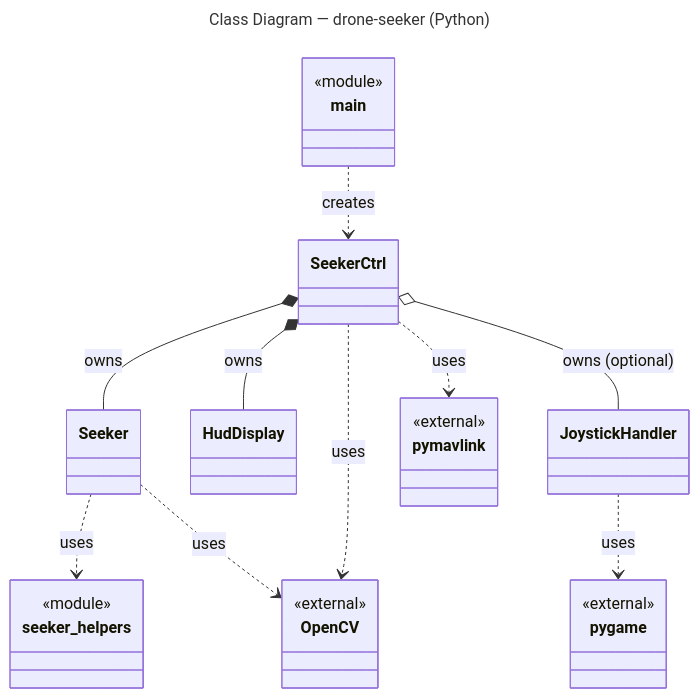
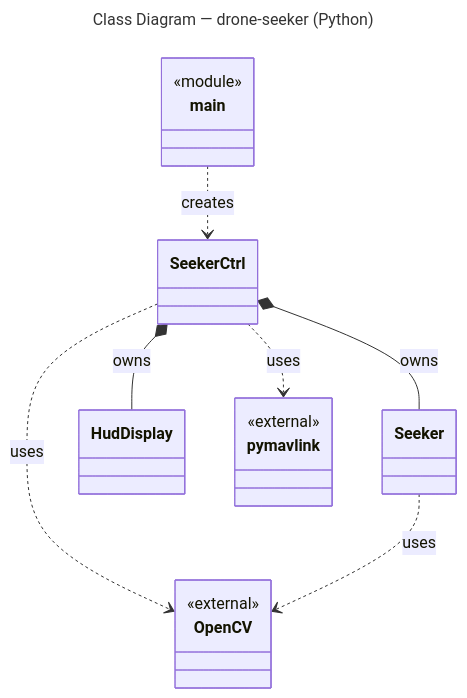
The diagram in docs/chart_04_class_diagram.mmd (musaelhanafi/drone-seeker), drawn with Mermaid before and after one commit. The commit also changed 19 other files, not shown here.

```diff
--- a/docs/chart_04_class_diagram.mmd
+++ b/docs/chart_04_class_diagram.mmd
@@ -1,24 +1,18 @@
 ---
 title: Class Diagram — drone-seeker (Python)
 ---
 classDiagram
 
     class main { <<module>> }
     class SeekerCtrl
     class Seeker
     class HudDisplay
-    class JoystickHandler
-    class seeker_helpers { <<module>> }
     class pymavlink { <<external>> }
     class OpenCV { <<external>> }
-    class pygame { <<external>> }
 
-    main            ..>  SeekerCtrl      : creates
-    SeekerCtrl      *--  Seeker          : owns
-    SeekerCtrl      *--  HudDisplay      : owns
-    SeekerCtrl      o--  JoystickHandler : owns (optional)
-    SeekerCtrl      ..>  pymavlink       : uses
-    SeekerCtrl      ..>  OpenCV          : uses
-    Seeker          ..>  seeker_helpers  : uses
-    Seeker          ..>  OpenCV          : uses
-    JoystickHandler ..>  pygame          : uses
+    main       ..>  SeekerCtrl : creates
+    SeekerCtrl *--  Seeker     : owns
+    SeekerCtrl *--  HudDisplay : owns
+    SeekerCtrl ..>  pymavlink  : uses
+    SeekerCtrl ..>  OpenCV     : uses
+    Seeker     ..>  OpenCV     : uses
```
